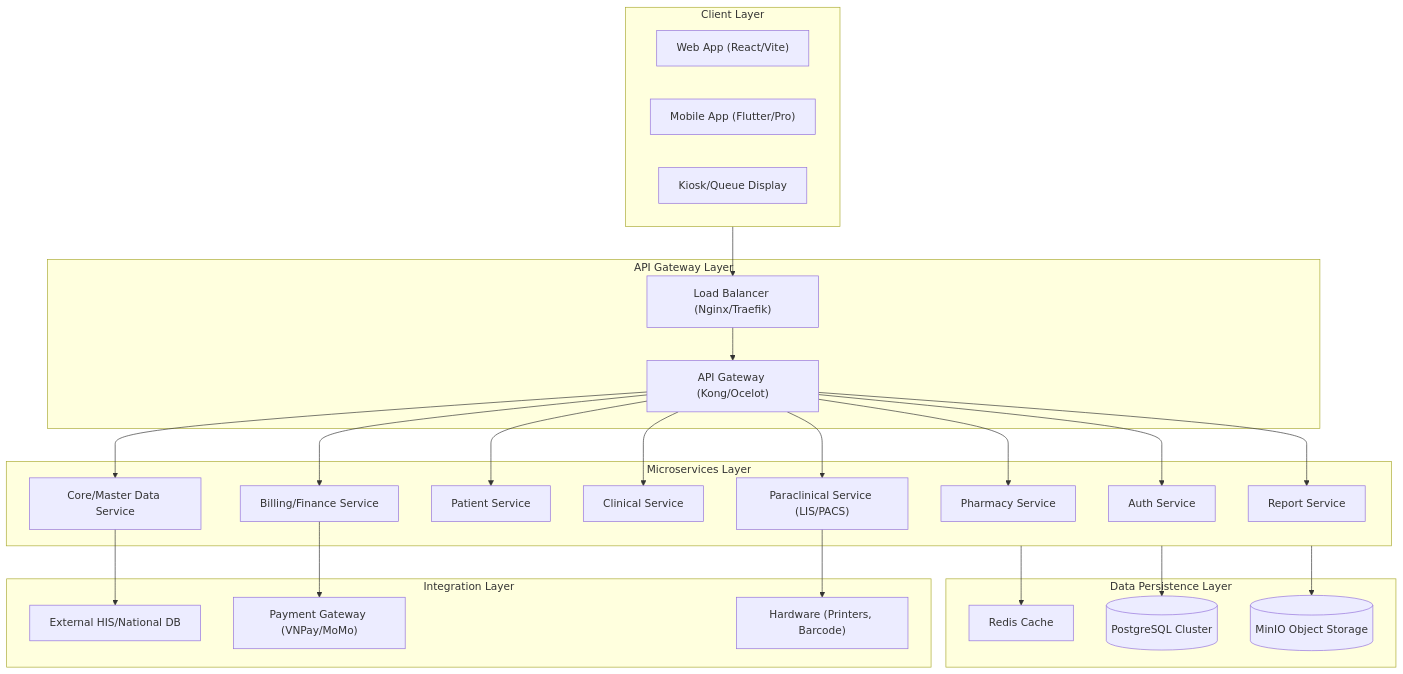
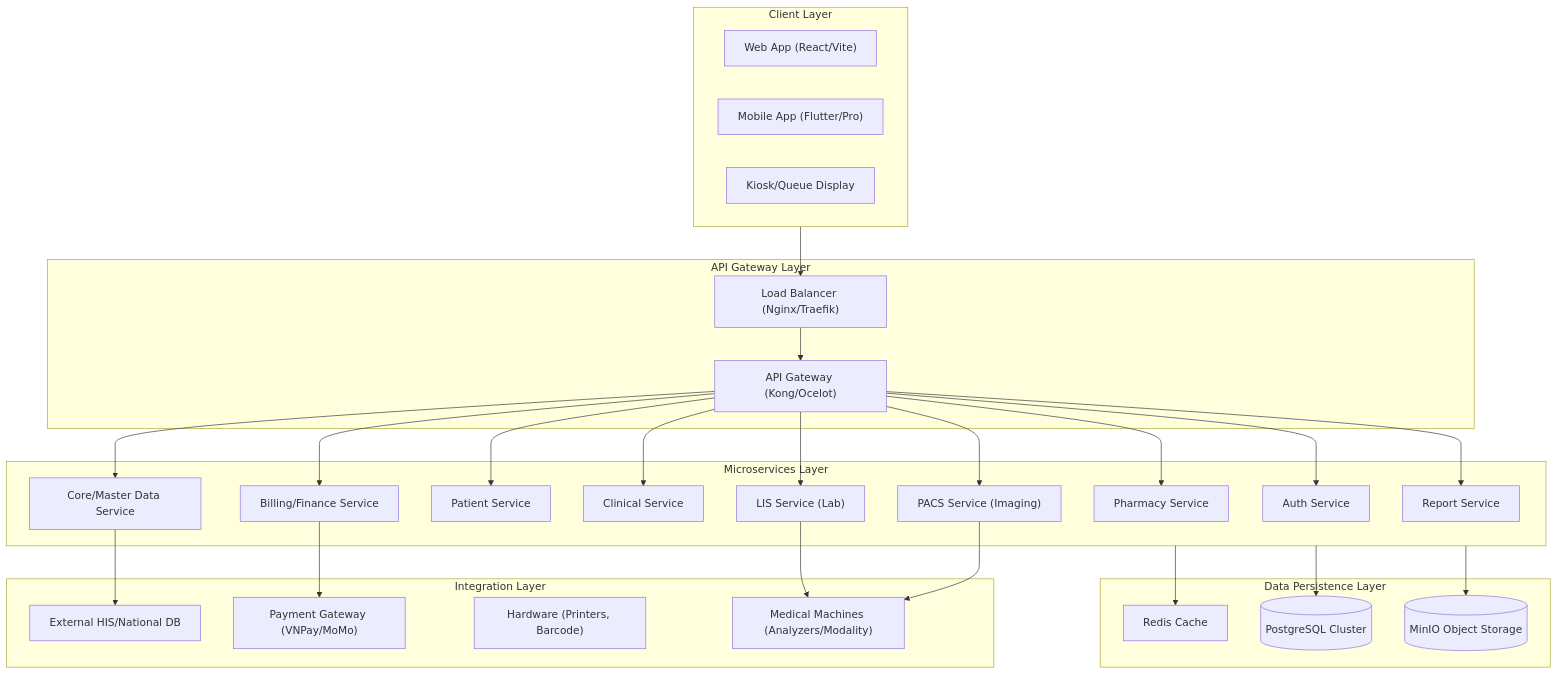
One commit to thienhuynh88/bootcamp changed the first of 2 diagrams in 12_SYSTEM_ARCHITECTURE.md. Above: the diagram before and after it, drawn with Mermaid. The commit also changed other lines of this file, not shown here.

````diff
--- a/12_SYSTEM_ARCHITECTURE.md
+++ b/12_SYSTEM_ARCHITECTURE.md
@@ -9,55 +9,59 @@
 ```mermaid
 graph TB
     subgraph ClientLayer [Client Layer]
         Web["Web App (React/Vite)"]
         Mobile["Mobile App (Flutter/Pro)"]
         Kiosk["Kiosk/Queue Display"]
     end
 
     subgraph APIGatewayLayer [API Gateway Layer]
         LB["Load Balancer (Nginx/Traefik)"]
         API_GW["API Gateway (Kong/Ocelot)"]
     end
 
     subgraph ServiceLayer [Microservices Layer]
         Auth["Auth Service"]
         Core["Core/Master Data Service"]
         Patient["Patient Service"]
         Clinical["Clinical Service"]
-        Para["Paraclinical Service (LIS/PACS)"]
+        LIS["LIS Service (Lab)"]
+        PACS["PACS Service (Imaging)"]
         Pharma["Pharmacy Service"]
         Billing["Billing/Finance Service"]
         Report["Report Service"]
     end
 
     subgraph DataLayer [Data Persistence Layer]
         Redis["Redis Cache"]
         Postgres[("PostgreSQL Cluster")]
         MinIO[("MinIO Object Storage")]
     end
 
     subgraph IntegrationLayer [Integration Layer]
         Ext_HIS["External HIS/National DB"]
         Payment["Payment Gateway (VNPay/MoMo)"]
         Hardware["Hardware (Printers, Barcode)"]
+        Machines["Medical Machines (Analyzers/Modality)"]
     end
 
     ClientLayer --> LB
     LB --> API_GW
     API_GW --> Auth
     API_GW --> Core
     API_GW --> Patient
     API_GW --> Clinical
-    API_GW --> Para
+    API_GW --> LIS
+    API_GW --> PACS
     API_GW --> Pharma
     API_GW --> Billing
     API_GW --> Report
 
     ServiceLayer --> Postgres
     ServiceLayer --> Redis
     ServiceLayer --> MinIO
 
     Billing --> Payment
-    Para --> Hardware
+    LIS --> Machines
+    PACS --> Machines
     Core --> Ext_HIS
 ```
````
